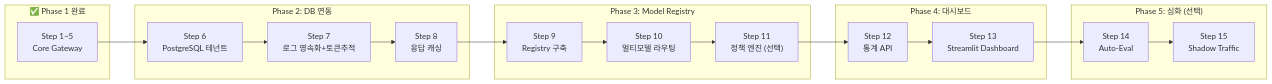
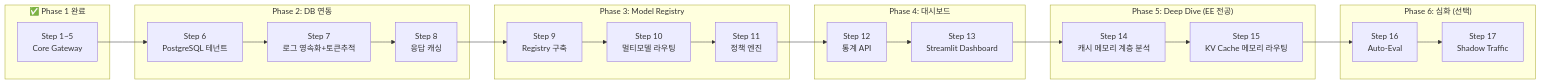
Before and after one commit to mingunkim123/LLM-API-Gateway: the diagram in docs/roadmap.md, drawn with Mermaid. The commit also changed other lines of this file, not shown here.

````diff
--- a/docs/roadmap.md
+++ b/docs/roadmap.md
@@ -173,33 +263,39 @@
 ```mermaid
 graph LR
     subgraph "✅ Phase 1 완료"
         S1["Step 1~5<br/>Core Gateway"]
     end
 
     subgraph "Phase 2: DB 연동"
         S6["Step 6<br/>PostgreSQL 테넌트"]
         S7["Step 7<br/>로그 영속화+토큰추적"]
         S8["Step 8<br/>응답 캐싱"]
     end
 
     subgraph "Phase 3: Model Registry"
         S9["Step 9<br/>Registry 구축"]
         S10["Step 10<br/>멀티모델 라우팅"]
-        S11["Step 11<br/>정책 엔진 (선택)"]
+        S11["Step 11<br/>정책 엔진"]
     end
 
     subgraph "Phase 4: 대시보드"
         S12["Step 12<br/>통계 API"]
         S13["Step 13<br/>Streamlit Dashboard"]
     end
 
-    subgraph "Phase 5: 심화 (선택)"
-        S14["Step 14<br/>Auto-Eval"]
-        S15["Step 15<br/>Shadow Traffic"]
+    subgraph "Phase 5: Deep Dive (EE 전공)"
+        S14["Step 14<br/>캐시 메모리 계층 분석"]
+        S15["Step 15<br/>KV Cache 메모리 라우팅"]
+    end
+
+    subgraph "Phase 6: 심화 (선택)"
+        S16["Step 16<br/>Auto-Eval"]
+        S17["Step 17<br/>Shadow Traffic"]
     end
 
     S1 --> S6 --> S7 --> S8
     S8 --> S9 --> S10 --> S11
     S11 --> S12 --> S13
     S13 --> S14 --> S15
+    S15 --> S16 --> S17
 ```
````
